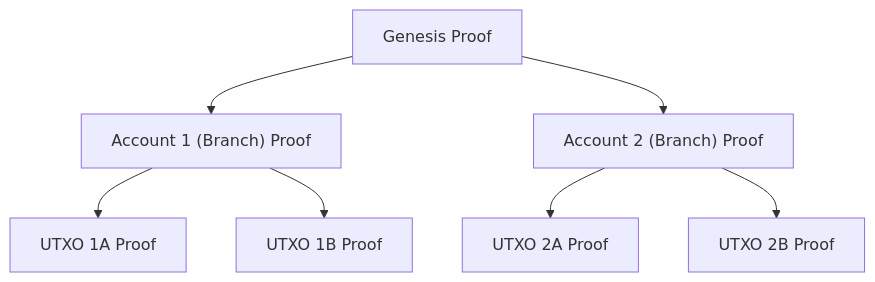
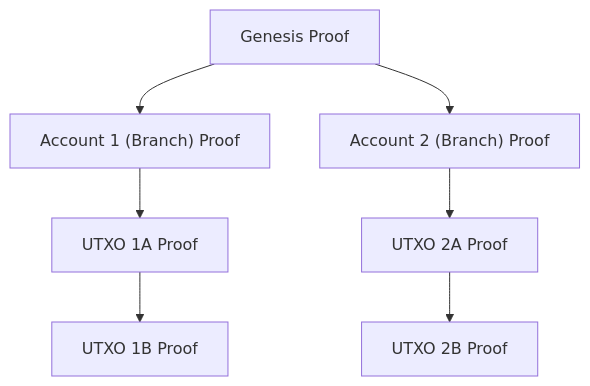
One commit to GeniusVentures/gitbook changed the diagram in technical-information/super-genius-blockchain-technicial-details/minimal-proof-mountain.md. Above: the diagram before and after it, drawn with Mermaid. The commit also changed other lines of this file, not shown here.

````diff
--- a/technical-information/super-genius-blockchain-technicial-details/minimal-proof-mountain.md
+++ b/technical-information/super-genius-blockchain-technicial-details/minimal-proof-mountain.md
@@ -16,18 +16,18 @@
 ```mermaid fullWidth="false"
 graph TD
     A[Genesis Proof]
     B["Account 1 (Branch) Proof"]
     C["Account 2 (Branch) Proof"]
     D[UTXO 1A Proof]
     E[UTXO 1B Proof]
     F[UTXO 2A Proof]
     G[UTXO 2B Proof]
     
     A --> B
     A --> C
     B --> D
-    B --> E
+    D --> E
     C --> F
-    C --> G
+    F --> G
 
 ```
````
